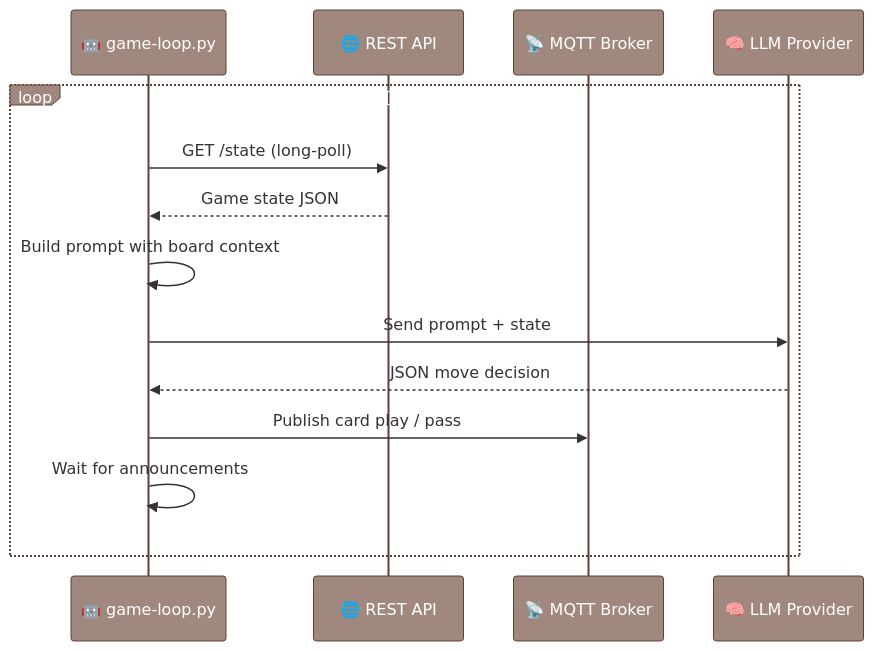
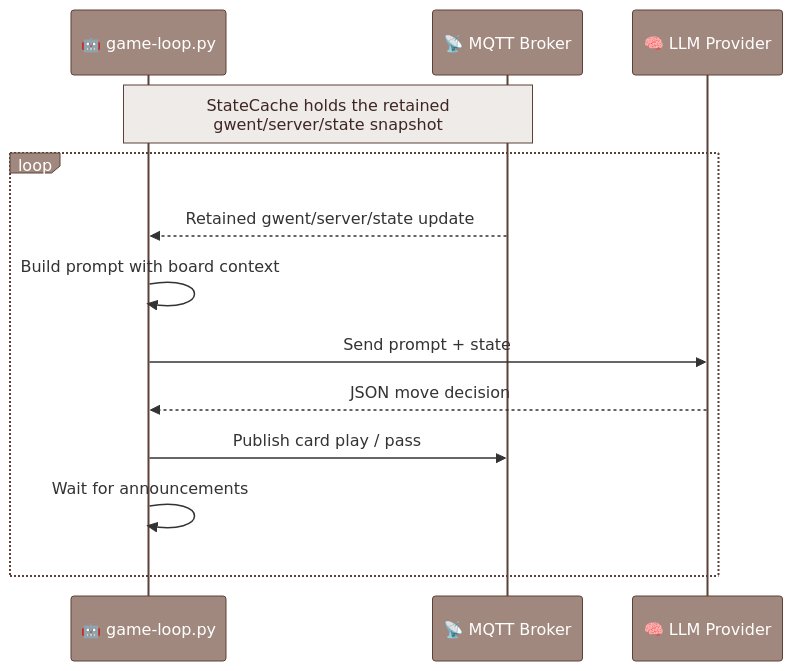
The sixth of 7 diagrams in design/GwentArchitecture.md (declanshanaghy/gwent), drawn with Mermaid before and after one commit. The commit also changed other lines of this file and 30 other files, not shown here.

````diff
--- a/design/GwentArchitecture.md
+++ b/design/GwentArchitecture.md
@@ -324,37 +443,36 @@
 ```mermaid
 %%{init: {
   'theme': 'base',
   'themeVariables': {
     'primaryColor': '#6d1a36',
     'primaryTextColor': '#333',
     'primaryBorderColor': '#7C4DFF',
     'lineColor': '#7C4DFF',
     'secondaryColor': '#D7CCC8',
     'tertiaryColor': '#EFEBE9',
     'fontFamily': 'Courier New',
     'fontSize': '16px',
     'actorBkg': '#A1887F',
     'actorBorder': '#5D4037',
     'actorTextColor': '#fff',
     'noteBkgColor': '#EFEBE9',
     'noteBorderColor': '#5D4037',
     'noteTextColor': '#3E2723'
   }
 }}%%
 
 sequenceDiagram
     participant GL as 🤖 game-loop.py
-    participant API as 🌐 REST API
     participant MQTT as 📡 MQTT Broker
     participant LLM as 🧠 LLM Provider
 
+    Note over GL,MQTT: StateCache holds the retained<br/>gwent/server/state snapshot
     loop Each turn
-        GL->>API: GET /state (long-poll)
-        API-->>GL: Game state JSON
+        MQTT-->>GL: Retained gwent/server/state update
         GL->>GL: Build prompt with board context
         GL->>LLM: Send prompt + state
         LLM-->>GL: JSON move decision
         GL->>MQTT: Publish card play / pass
         GL->>GL: Wait for announcements
     end
 ```
````
